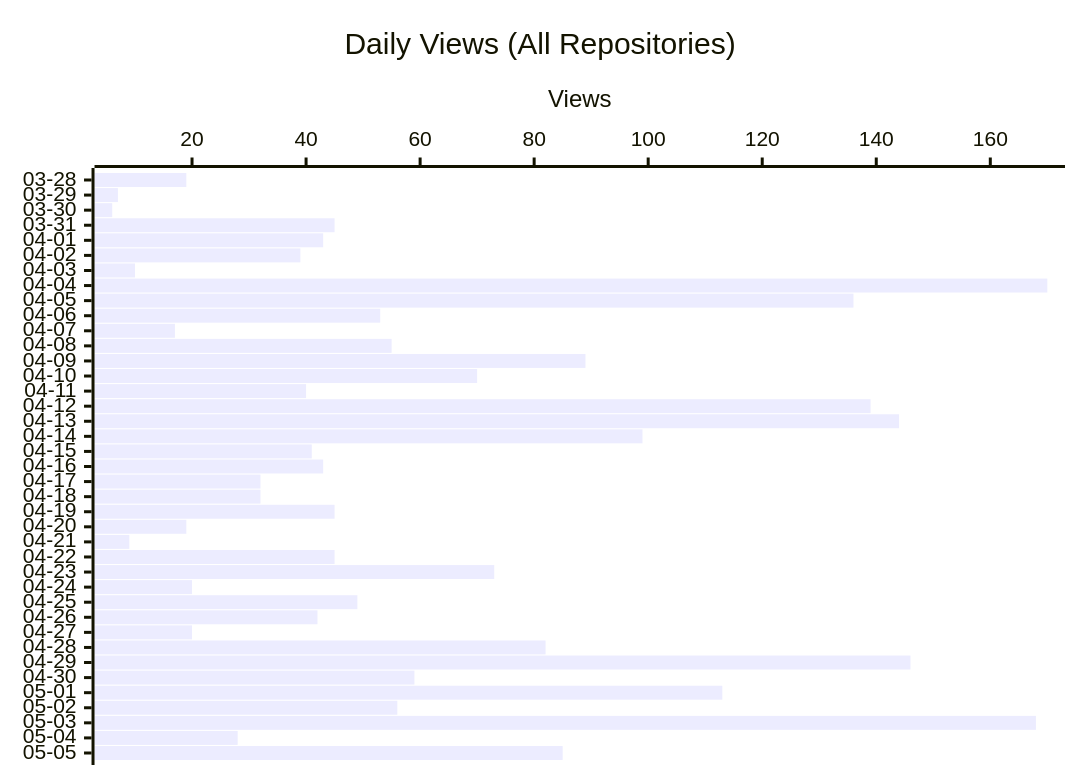
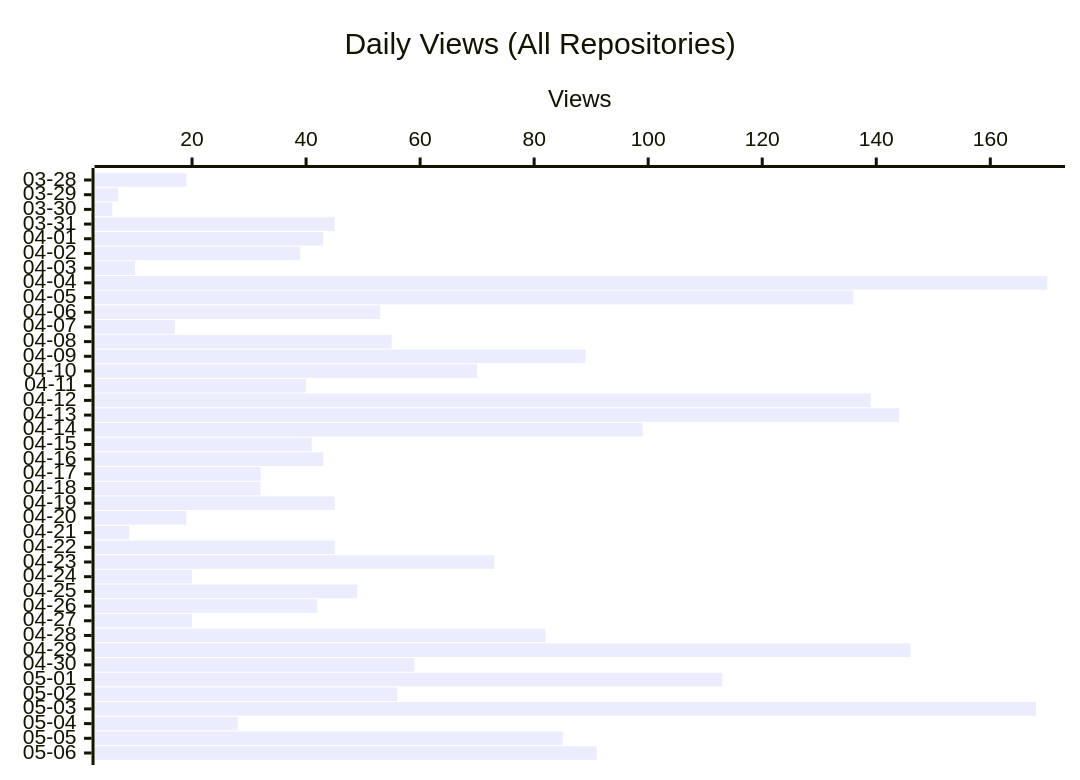
Before and after one commit to shigechika/github-insights: the second of 3 diagrams in README.md, drawn with Mermaid. The commit also changed other lines of this file and 2 other files, not shown here.

````diff
--- a/README.md
+++ b/README.md
@@ -28,7 +28,7 @@
 ```mermaid
 xychart-beta horizontal
     title "Daily Views (All Repositories)"
-    x-axis ["03-28", "03-29", "03-30", "03-31", "04-01", "04-02", "04-03", "04-04", "04-05", "04-06", "04-07", "04-08", "04-09", "04-10", "04-11", "04-12", "04-13", "04-14", "04-15", "04-16", "04-17", "04-18", "04-19", "04-20", "04-21", "04-22", "04-23", "04-24", "04-25", "04-26", "04-27", "04-28", "04-29", "04-30", "05-01", "05-02", "05-03", "05-04", "05-05"]
+    x-axis ["03-28", "03-29", "03-30", "03-31", "04-01", "04-02", "04-03", "04-04", "04-05", "04-06", "04-07", "04-08", "04-09", "04-10", "04-11", "04-12", "04-13", "04-14", "04-15", "04-16", "04-17", "04-18", "04-19", "04-20", "04-21", "04-22", "04-23", "04-24", "04-25", "04-26", "04-27", "04-28", "04-29", "04-30", "05-01", "05-02", "05-03", "05-04", "05-05", "05-06"]
     y-axis "Views"
-    bar [19, 7, 6, 45, 43, 39, 10, 170, 136, 53, 17, 55, 89, 70, 40, 139, 144, 99, 41, 43, 32, 32, 45, 19, 9, 45, 73, 20, 49, 42, 20, 82, 146, 59, 113, 56, 168, 28, 85]
+    bar [19, 7, 6, 45, 43, 39, 10, 170, 136, 53, 17, 55, 89, 70, 40, 139, 144, 99, 41, 43, 32, 32, 45, 19, 9, 45, 73, 20, 49, 42, 20, 82, 146, 59, 113, 56, 168, 28, 85, 91]
 ```
````
